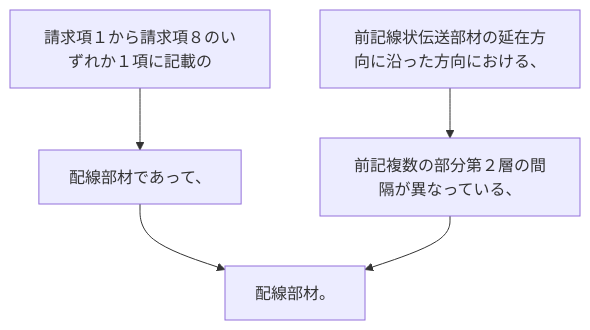
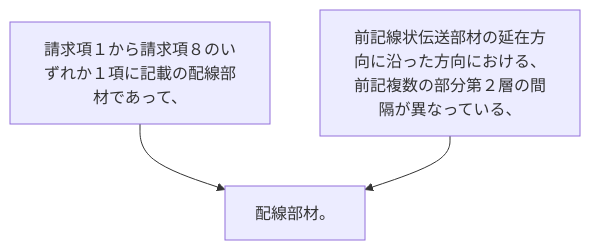
Before and after one commit to shinmori55/patent_analyzed: the diagram in 2024/JP2024001238A/claim_9/claim_9_graph.md, drawn with Mermaid. The commit also changed 3332 other files, not shown here.

````diff
--- a/2024/JP2024001238A/claim_9/claim_9_graph.md
+++ b/2024/JP2024001238A/claim_9/claim_9_graph.md
@@ -1,12 +1,8 @@
 ```mermaid
 flowchart TD
-A[請求項１から請求項８のいずれか１項に記載の]
-B[配線部材であって、]
-C[前記線状伝送部材の延在方向に沿った方向における、]
-D[前記複数の部分第２層の間隔が異なっている、]
-E[配線部材。]
-A --> B
-C --> D
-B --> E
-D --> E
+A[請求項１から請求項８のいずれか１項に記載の配線部材であって、]
+B[前記線状伝送部材の延在方向に沿った方向における、前記複数の部分第２層の間隔が異なっている、]
+C[配線部材。]
+A --> C
+B --> C
 ```
````
